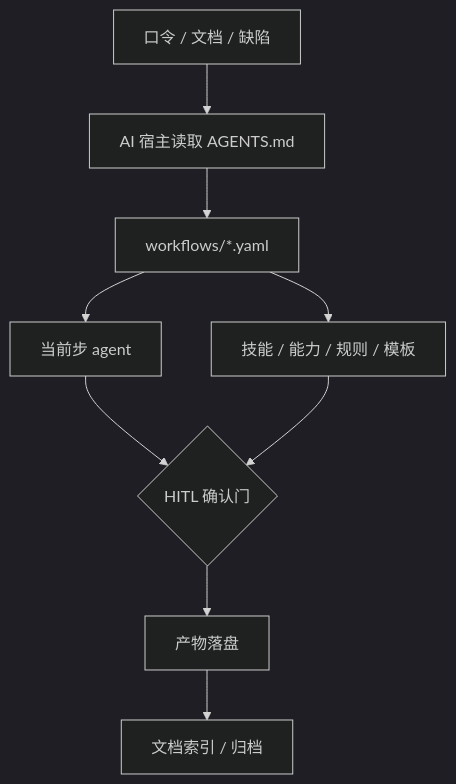
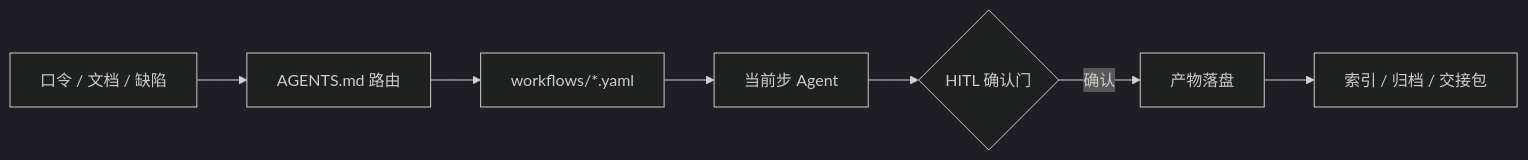
One commit to zhipenghhuang/AIWorkflow changed the diagram in README.md. Above: the diagram before and after it, drawn with Mermaid (dark theme). The commit also changed other lines of this file and 335 other files, not shown here.

````diff
--- a/README.md
+++ b/README.md
@@ -47,11 +88,9 @@
 ```mermaid
-flowchart TB
-    U["口令 / 文档 / 缺陷"] --> H["AI 宿主读取 AGENTS.md"]
-    H --> W["workflows/*.yaml"]
-    W --> A["当前步 agent"]
-    W --> S["技能 / 能力 / 规则 / 模板"]
-    A --> G{"HITL 确认门"}
-    S --> G
-    G --> O["产物落盘"]
-    O --> I["文档索引 / 归档"]
+flowchart LR
+    A["口令 / 文档 / 缺陷"] --> B["AGENTS.md 路由"]
+    B --> C["workflows/*.yaml"]
+    C --> D["当前步 Agent"]
+    D --> E{"HITL 确认门"}
+    E -->|确认| F["产物落盘"]
+    F --> G["索引 / 归档 / 交接包"]
 ```
````
